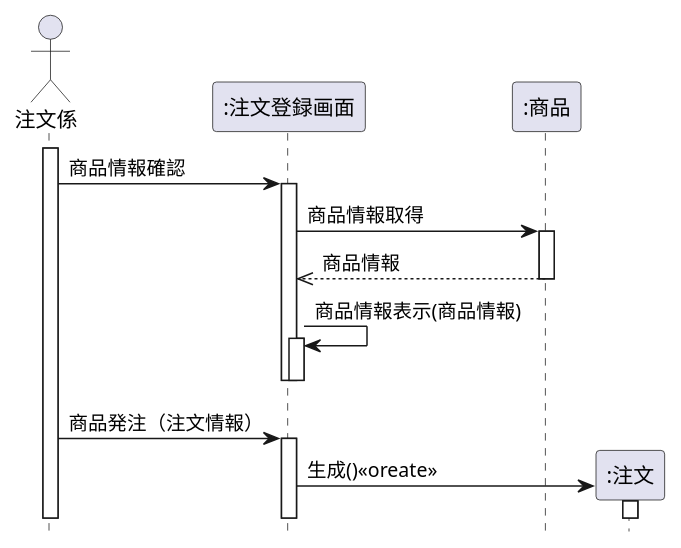
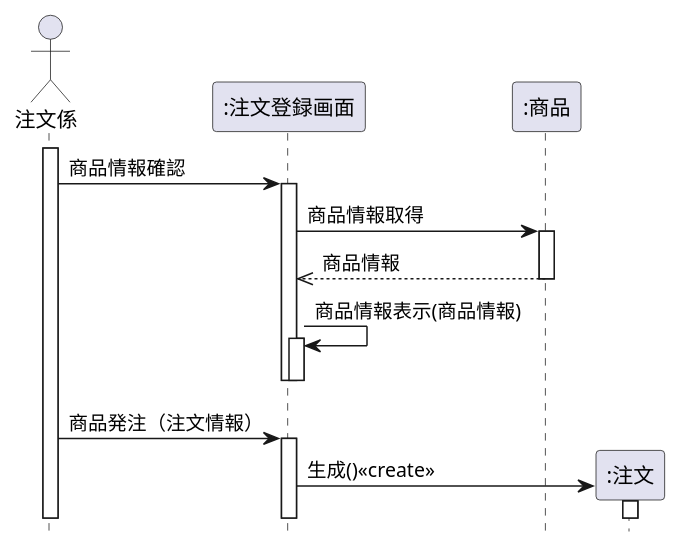
Before and after one commit to kuboi0627/unl-introduction: the diagram in 演習4-4_SD_商品注文.pu, drawn with PlantUML. The commit also changed 20 other files, not shown here.

```diff
--- a/演習4-4_SD_商品注文.pu
+++ b/演習4-4_SD_商品注文.pu
@@ -1,23 +1,23 @@
 @startuml
 hide footbox
 Actor 注文係 as a1
 participant ":注文登録画面" as boundary
 participant ":商品" as entity1
 participant ":注文" as entity2
 activate a1
 a1 ->boundary :商品情報確認
 activate boundary
 boundary -> entity1 :商品情報取得
 activate entity1
 entity1 -->>boundary :商品情報
 deactivate entity1
 boundary -> boundary :商品情報表示(商品情報)
 activate boundary
 deactivate boundary
 deactivate boundary
 a1 -> boundary :商品発注（注文情報）
 activate boundary
 create entity2
-boundary -> entity2 :生成()<< oreate >>
+boundary -> entity2 :生成()<< create >>
 activate entity2
 @enduml
```
